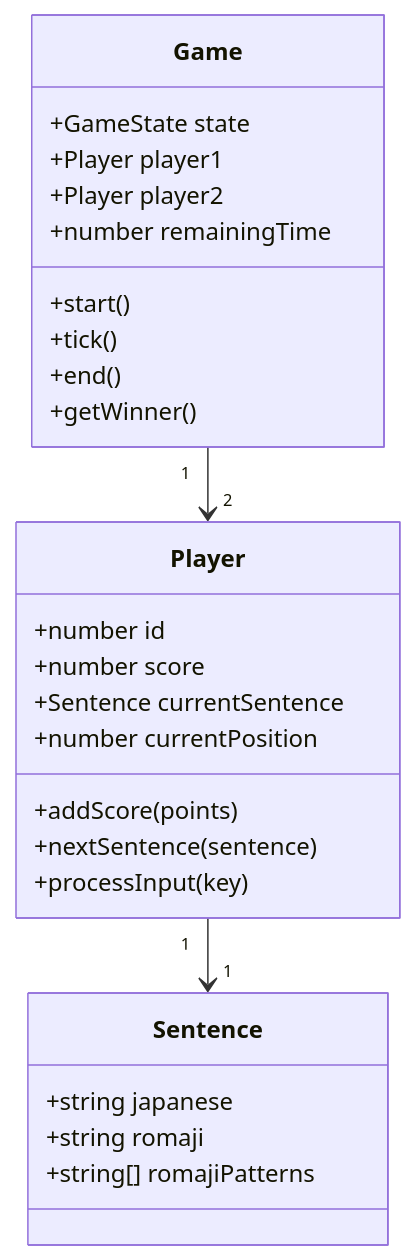
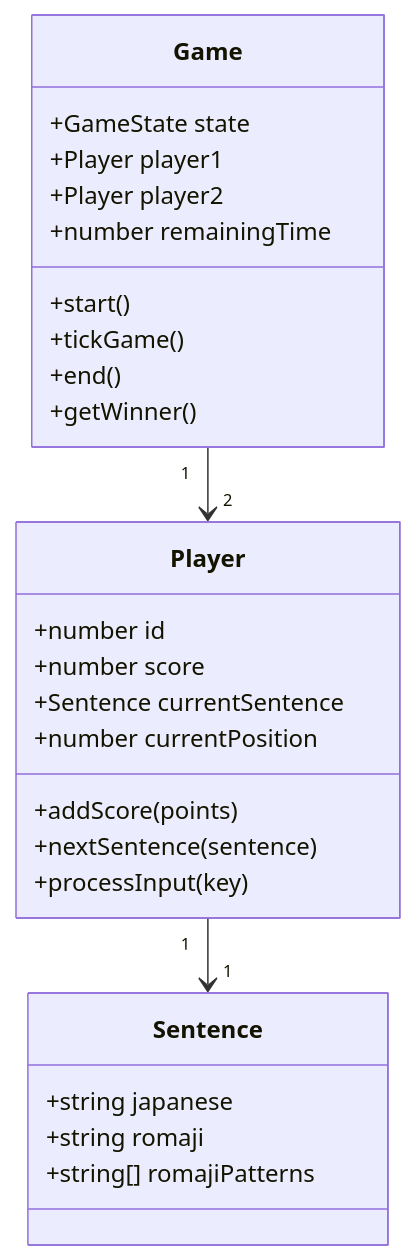
One commit to coderdojo-iwata/vs-typing-dojo-ts changed the second of 4 diagrams in docs/functional-design.md. Above: the diagram before and after it, drawn with Mermaid. The commit also changed other lines of this file and 11 other files, not shown here.

````diff
--- a/docs/functional-design.md
+++ b/docs/functional-design.md
@@ -110,32 +110,32 @@
 ```mermaid
 classDiagram
     class Game {
         +GameState state
         +Player player1
         +Player player2
         +number remainingTime
         +start()
-        +tick()
+        +tickGame()
         +end()
         +getWinner()
     }
 
     class Player {
         +number id
         +number score
         +Sentence currentSentence
         +number currentPosition
         +addScore(points)
         +nextSentence(sentence)
         +processInput(key)
     }
 
     class Sentence {
         +string japanese
         +string romaji
         +string[] romajiPatterns
     }
 
     Game "1" --> "2" Player
     Player "1" --> "1" Sentence
 ```
````
